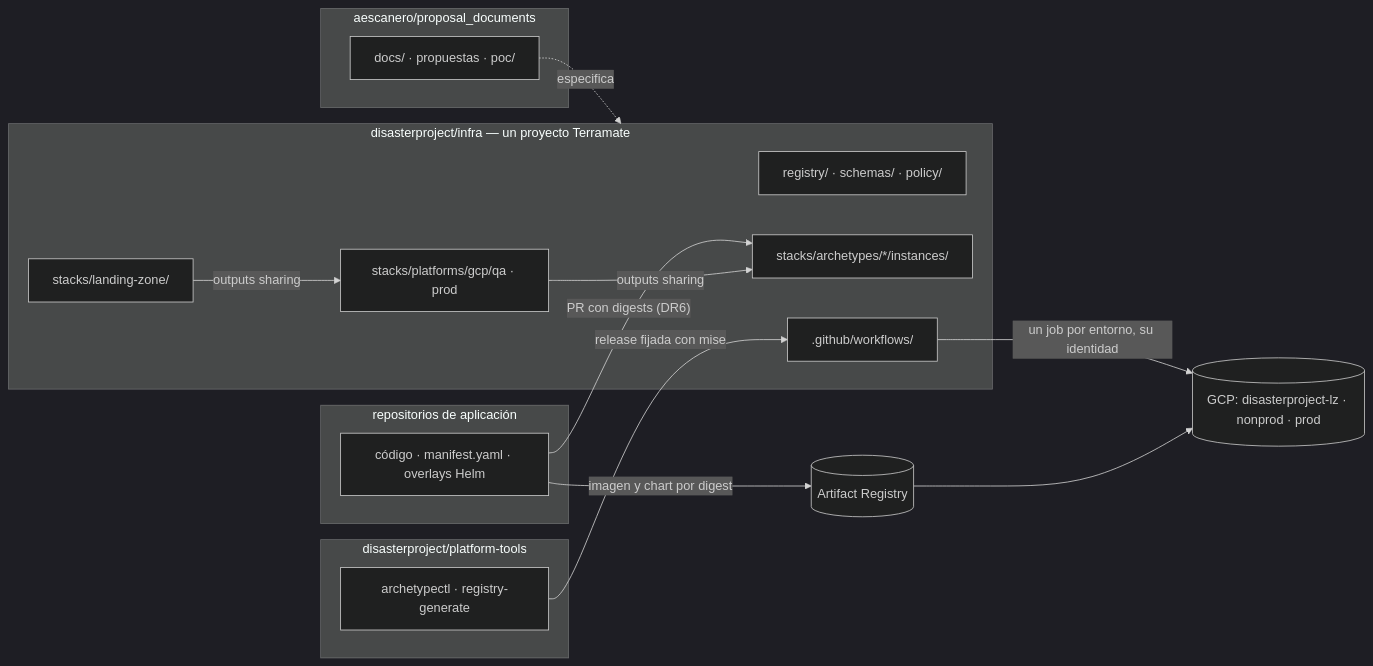
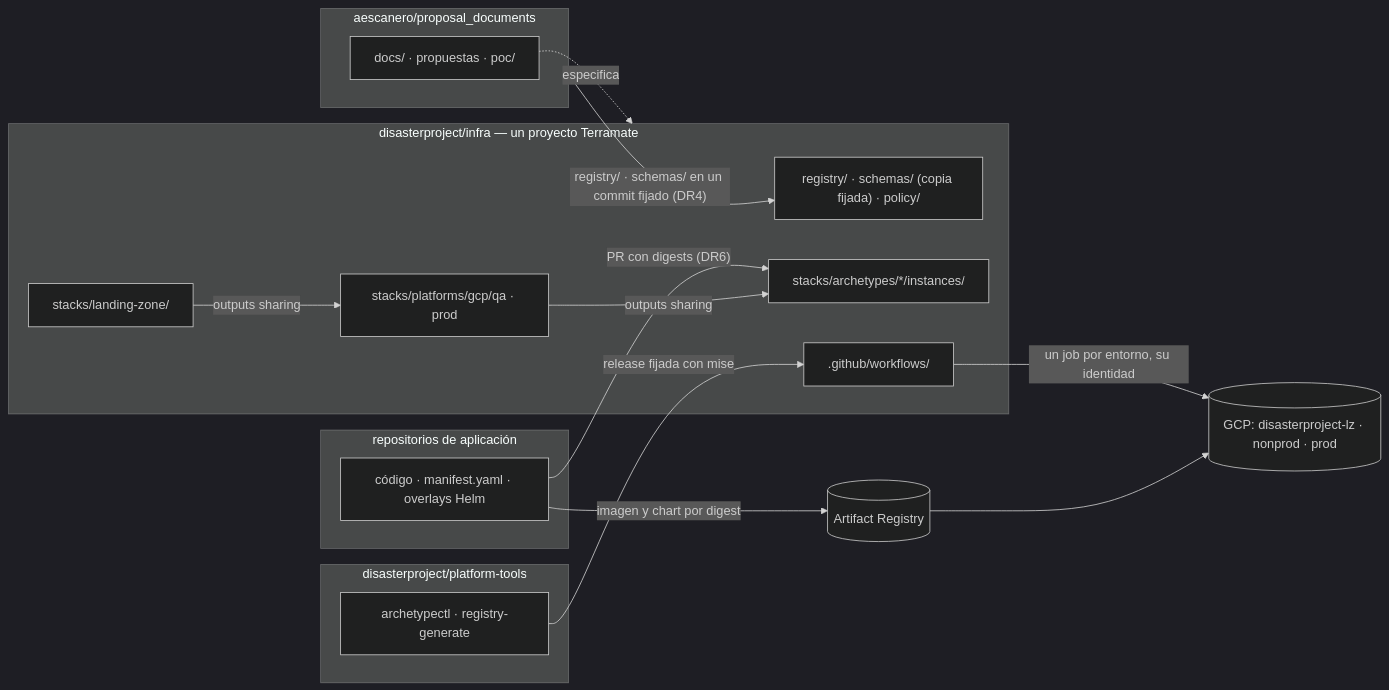
One commit to aescanero/proposal_documents changed the diagram in docs/es/proposals/infra-repo-qa/diagrams/01-repositorios.mmd. Above: the diagram before and after it, drawn with Mermaid (dark theme). The commit also changed 86 other files, not shown here.

```diff
--- a/docs/es/proposals/infra-repo-qa/diagrams/01-repositorios.mmd
+++ b/docs/es/proposals/infra-repo-qa/diagrams/01-repositorios.mmd
@@ -1,27 +1,28 @@
 flowchart LR
     subgraph DOC["aescanero/proposal_documents"]
         D1["docs/ · propuestas · poc/"]
     end
     subgraph TOOLS["disasterproject/platform-tools"]
         T1["archetypectl · registry-generate"]
     end
     subgraph APP["repositorios de aplicación"]
         A1["código · manifest.yaml · overlays Helm"]
     end
     subgraph INFRA["disasterproject/infra — un proyecto Terramate"]
-        I1["registry/ · schemas/ · policy/"]
+        I1["registry/ · schemas/ (copia fijada) · policy/"]
         I2["stacks/landing-zone/"]
         I3["stacks/platforms/gcp/qa · prod"]
         I4["stacks/archetypes/*/instances/"]
         I5[".github/workflows/"]
     end
     REG[("Artifact Registry")]
     GCP[("GCP: disasterproject-lz · nonprod · prod")]
     D1 -. "especifica" .-> INFRA
+    DOC -- "registry/ · schemas/ en un commit fijado (DR4)" --> I1
     T1 -- "release fijada con mise" --> I5
     A1 -- "imagen y chart por digest" --> REG
     A1 -- "PR con digests (DR6)" --> I4
     I2 -- "outputs sharing" --> I3
     I3 -- "outputs sharing" --> I4
     I5 -- "un job por entorno, su identidad" --> GCP
     REG --> GCP
```
